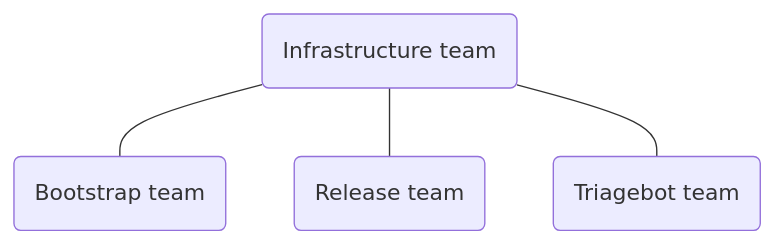
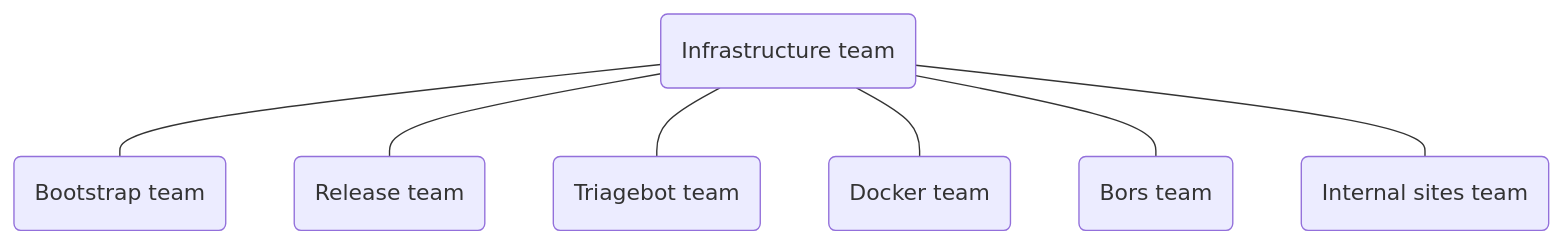
The diagram in README.md (rust-lang/infra-team), drawn with Mermaid before and after one commit. The commit also changed other lines of this file, not shown here.

Commit message:
Add other infra subteams to diagram

````diff
--- a/README.md
+++ b/README.md
@@ -14,6 +14,9 @@
 ```mermaid
 flowchart TD
   infra(Infrastructure team)---bootstrap(Bootstrap team)
   infra---release(Release team)
   infra---triagebot(Triagebot team)
+  infra---docker(Docker team)
+  infra---bors(Bors team)
+  infra---internal_sites(Internal sites team)
 ```
````
